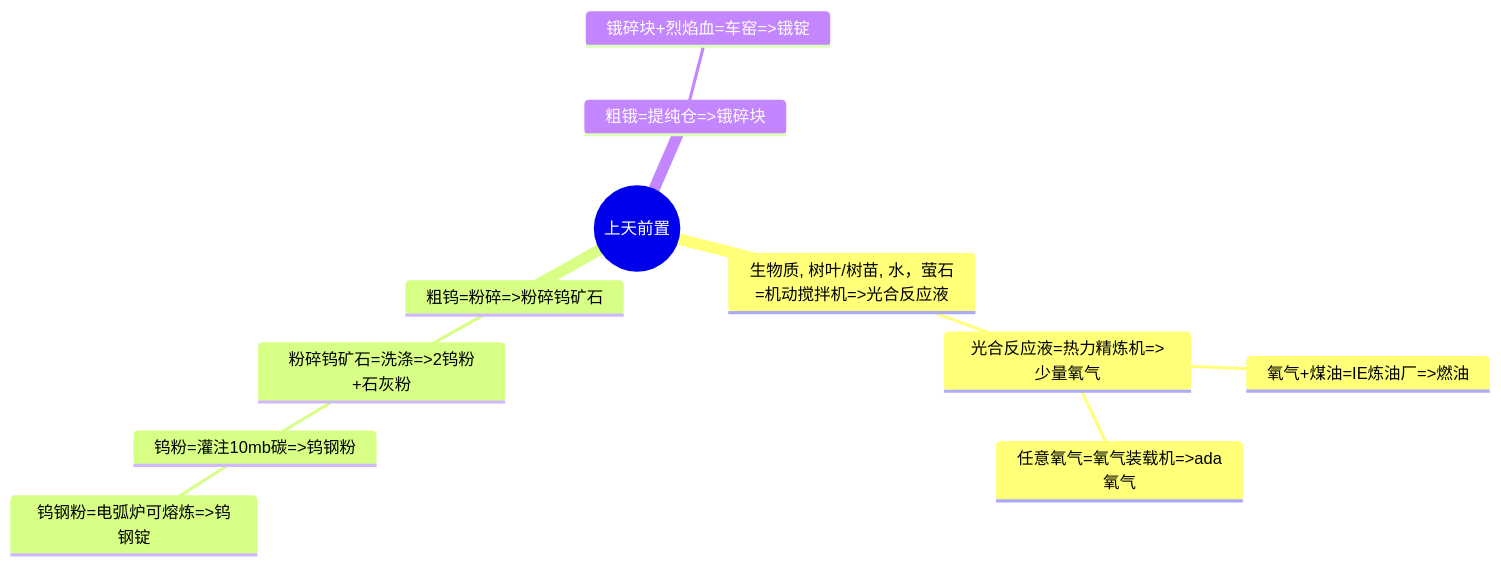
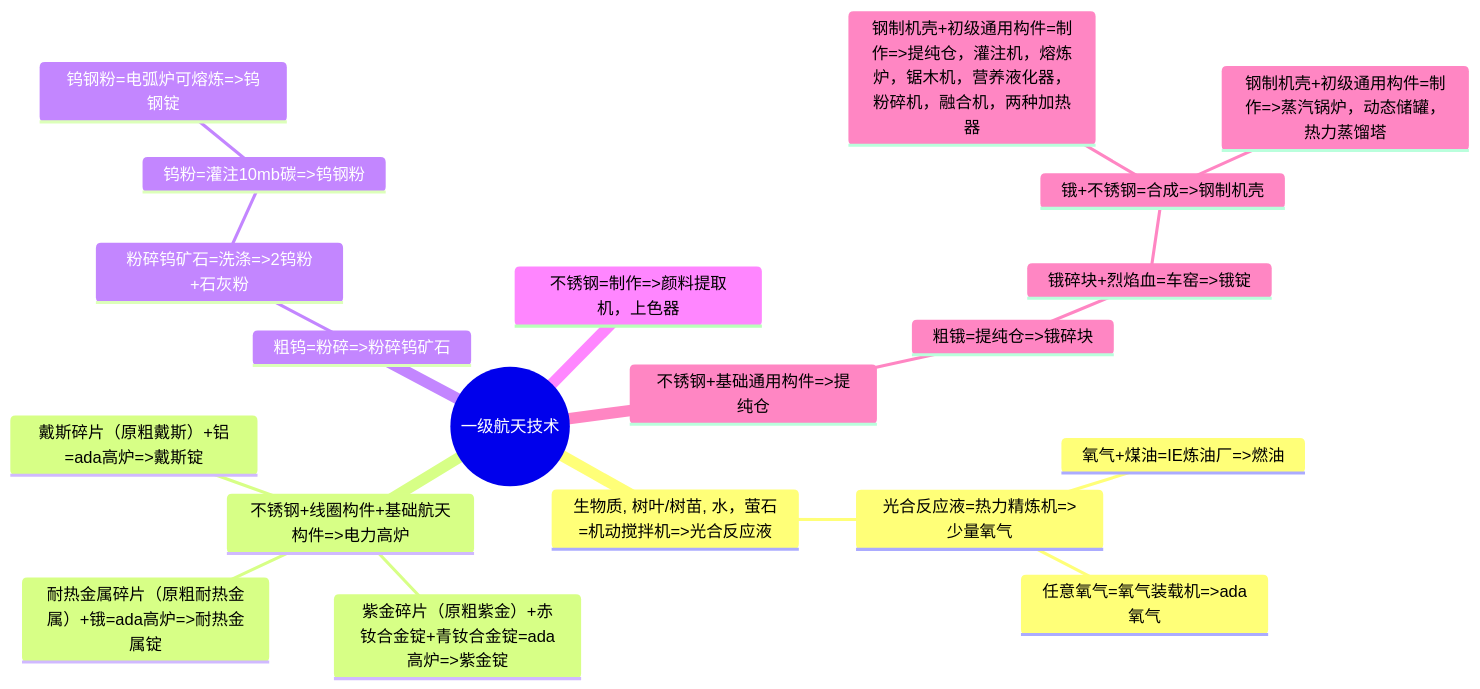
The first of 4 diagrams in Developer/TechTreeMap.md (VechniMetel/CodeNameCIM2), drawn with Mermaid before and after one commit. The commit also changed other lines of this file and 1 other file, not shown here.

````diff
--- a/Developer/TechTreeMap.md
+++ b/Developer/TechTreeMap.md
@@ -2,14 +2,23 @@
 ``` mermaid
 mindmap
-    root((上天前置))
+    root((一级航天技术))
         生物质, 树叶/树苗, 水，萤石=机动搅拌机=>光合反应液
             光合反应液=热力精炼机=>少量氧气
                 氧气+煤油=IE炼油厂=>燃油
                 任意氧气=氧气装载机=>ada氧气
+        不锈钢+线圈构件+基础航天构件=>电力高炉
+            戴斯碎片（原粗戴斯）+铝=ada高炉=>戴斯锭
+            紫金碎片（原粗紫金）+赤钕合金锭+青钕合金锭=ada高炉=>紫金锭
+            耐热金属碎片（原粗耐热金属）+锇=ada高炉=>耐热金属锭
         粗钨=粉碎=>粉碎钨矿石
             粉碎钨矿石=洗涤=>2钨粉+石灰粉
                 钨粉=灌注10mb碳=>钨钢粉
                     钨钢粉=电弧炉可熔炼=>钨钢锭
-        粗锇=提纯仓=>锇碎块
-            锇碎块+烈焰血=车窑=>锇锭
+        不锈钢=制作=>颜料提取机，上色器
+        不锈钢+基础通用构件=>提纯仓
+            粗锇=提纯仓=>锇碎块
+                锇碎块+烈焰血=车窑=>锇锭
+                    锇+不锈钢=合成=>钢制机壳
+                        钢制机壳+初级通用构件=制作=>提纯仓，灌注机，熔炼炉，锯木机，营养液化器，粉碎机，融合机，两种加热器
+                        钢制机壳+初级通用构件=制作=>蒸汽锅炉，动态储罐，热力蒸馏塔
 ```
````
